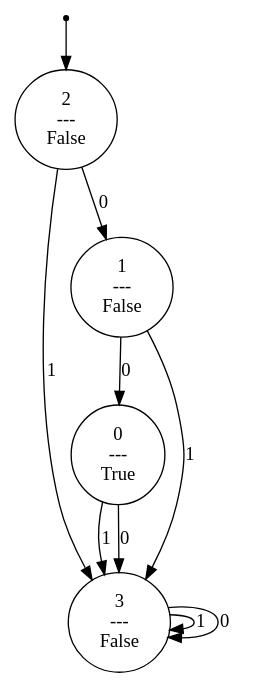
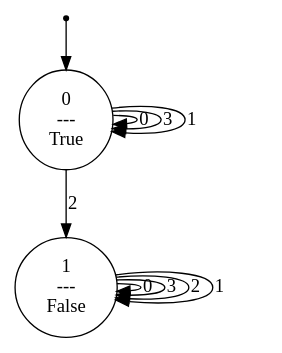
The diagram in code/dot/m1.dot (srnapls/history-rewards-for-pomdps), drawn with Graphviz before and after one commit. The commit also changed 17 other files, not shown here.

```diff
--- a/code/dot/m1.dot
+++ b/code/dot/m1.dot
@@ -1,16 +1,14 @@
 digraph G {
 0 [label="", shape=point];
-0 -> 3;
+0 -> 1;
 1 [label="0\n---\nTrue"];
-1 -> 4  [label=1];
-1 -> 4  [label=0];
+1 -> 1  [label=0];
+1 -> 1  [label=3];
+1 -> 2  [label=2];
+1 -> 1  [label=1];
 2 [label="1\n---\nFalse"];
-2 -> 4  [label=1];
-2 -> 1  [label=0];
-3 [label="2\n---\nFalse"];
-3 -> 4  [label=1];
-3 -> 2  [label=0];
-4 [label="3\n---\nFalse"];
-4 -> 4  [label=1];
-4 -> 4  [label=0];
+2 -> 2  [label=0];
+2 -> 2  [label=3];
+2 -> 2  [label=2];
+2 -> 2  [label=1];
 }
```
